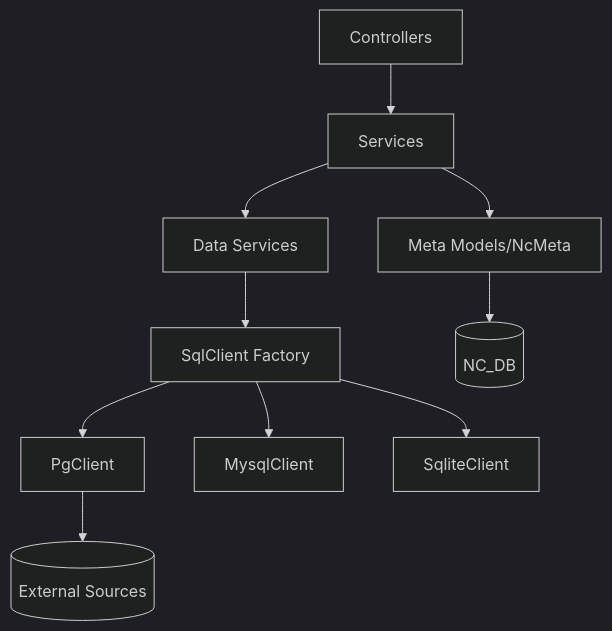
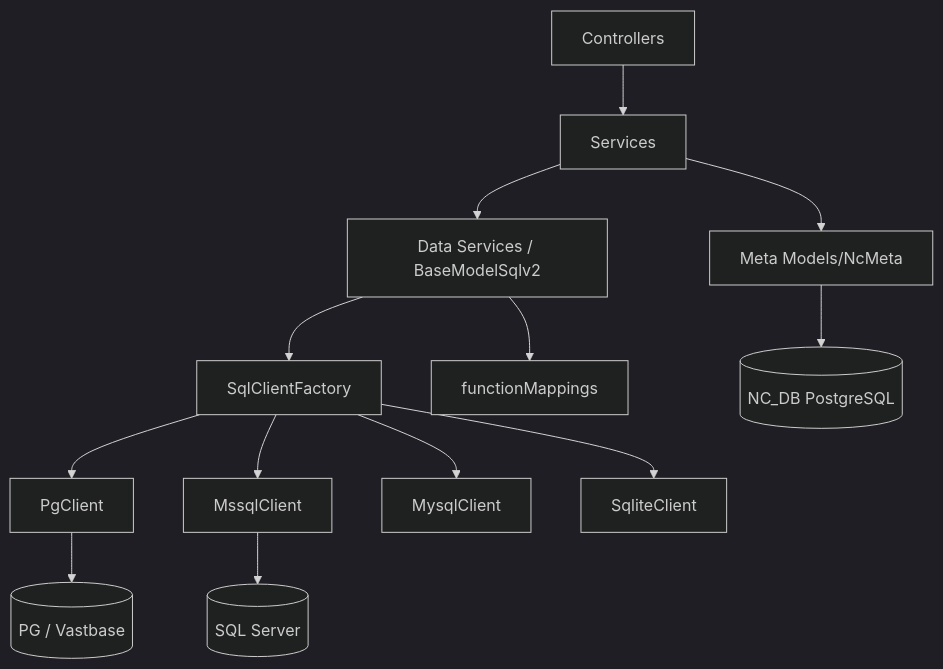
One commit to TristanTong/nocodb changed the diagram in docs/03-系统设计文档.md. Above: the diagram before and after it, drawn with Mermaid (dark theme). The commit also changed other lines of this file and 10 other files, not shown here.

````diff
--- a/docs/03-系统设计文档.md
+++ b/docs/03-系统设计文档.md
@@ -33,12 +35,15 @@
 ```mermaid
 flowchart TB
   API[Controllers] --> SVC[Services]
   SVC --> META[Meta Models/NcMeta]
-  SVC --> DATA[Data Services]
-  DATA --> SQL[SqlClient Factory]
+  SVC --> DATA[Data Services / BaseModelSqlv2]
+  DATA --> SQL[SqlClientFactory]
   SQL --> PG[PgClient]
+  SQL --> MS[MssqlClient]
   SQL --> MY[MysqlClient]
   SQL --> SQ[SqliteClient]
-  META --> MetaDB[(NC_DB)]
-  PG --> BizDB[(External Sources)]
+  DATA --> FM[functionMappings]
+  META --> MetaDB[(NC_DB PostgreSQL)]
+  PG --> BizPG[(PG / Vastbase)]
+  MS --> BizMS[(SQL Server)]
 ```
````
